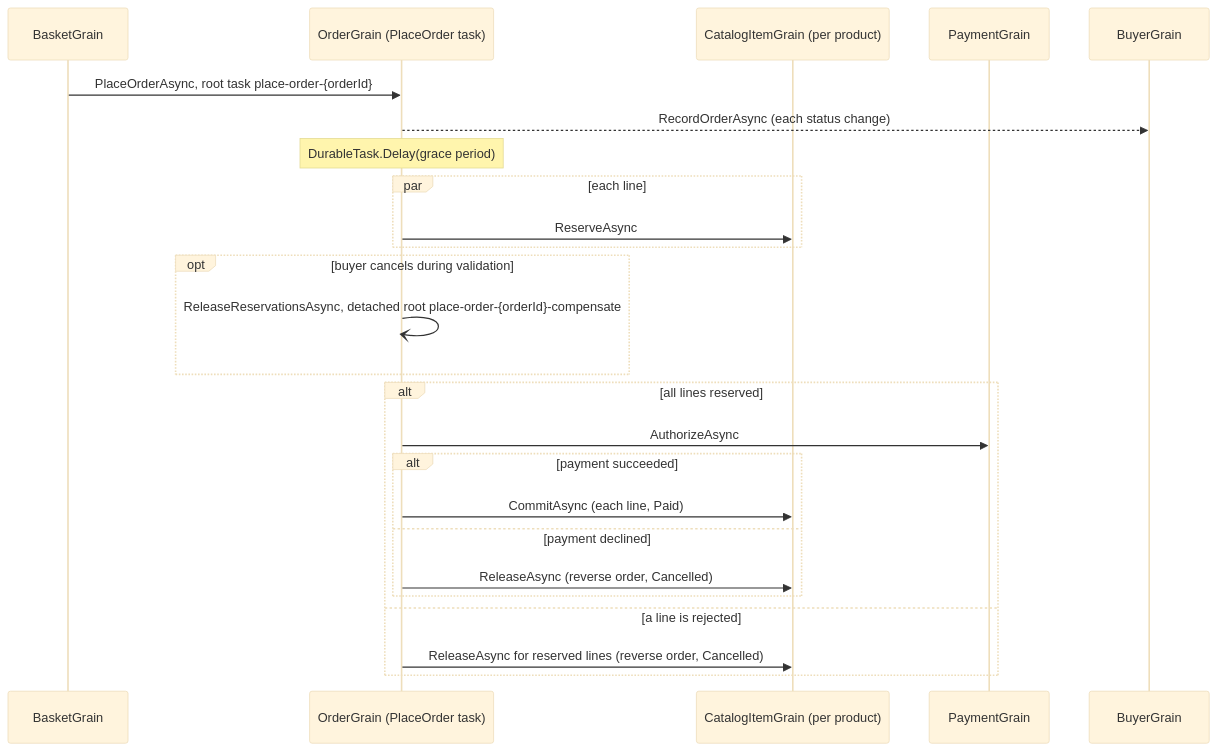
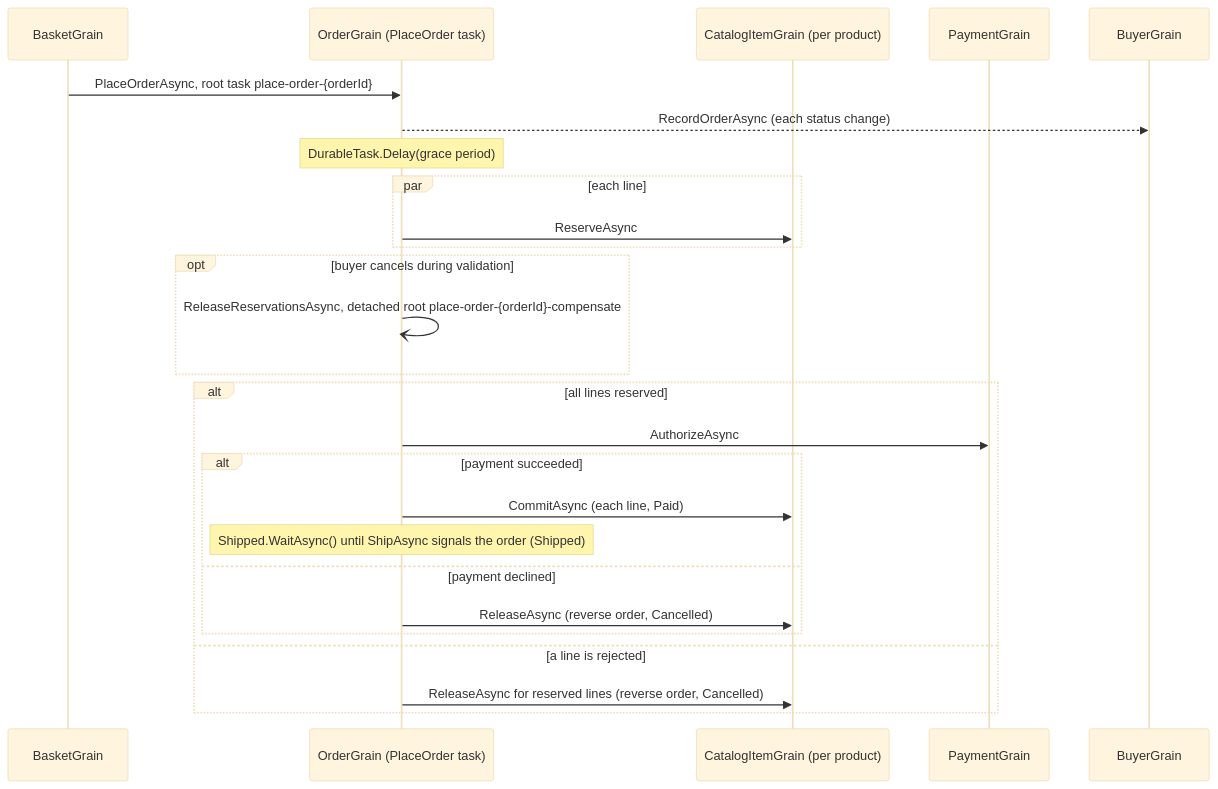
One commit to ReubenBond/orleans changed the diagram in playground/DurableOrderProcessing/README.md. Above: the diagram before and after it, drawn with Mermaid (base theme). The commit also changed other lines of this file and 2 other files, not shown here.

First line of the commit message:
feat(playground): ship orders through a durable signal

````diff
--- a/playground/DurableOrderProcessing/README.md
+++ b/playground/DurableOrderProcessing/README.md
@@ -16,27 +16,28 @@
 ```mermaid
 sequenceDiagram
     participant Basket as BasketGrain
     participant Order as OrderGrain (PlaceOrder task)
     participant Catalog as CatalogItemGrain (per product)
     participant Payment as PaymentGrain
     participant Buyer as BuyerGrain
     Basket->>Order: PlaceOrderAsync, root task place-order-{orderId}
     Order-->>Buyer: RecordOrderAsync (each status change)
     Note over Order: DurableTask.Delay(grace period)
     par each line
         Order->>Catalog: ReserveAsync
     end
     opt buyer cancels during validation
         Order-)Order: ReleaseReservationsAsync, detached root place-order-{orderId}-compensate
     end
     alt all lines reserved
         Order->>Payment: AuthorizeAsync
         alt payment succeeded
             Order->>Catalog: CommitAsync (each line, Paid)
+            Note over Order: Shipped.WaitAsync() until ShipAsync signals the order (Shipped)
         else payment declined
             Order->>Catalog: ReleaseAsync (reverse order, Cancelled)
         end
     else a line is rejected
         Order->>Catalog: ReleaseAsync for reserved lines (reverse order, Cancelled)
     end
 ```
````
